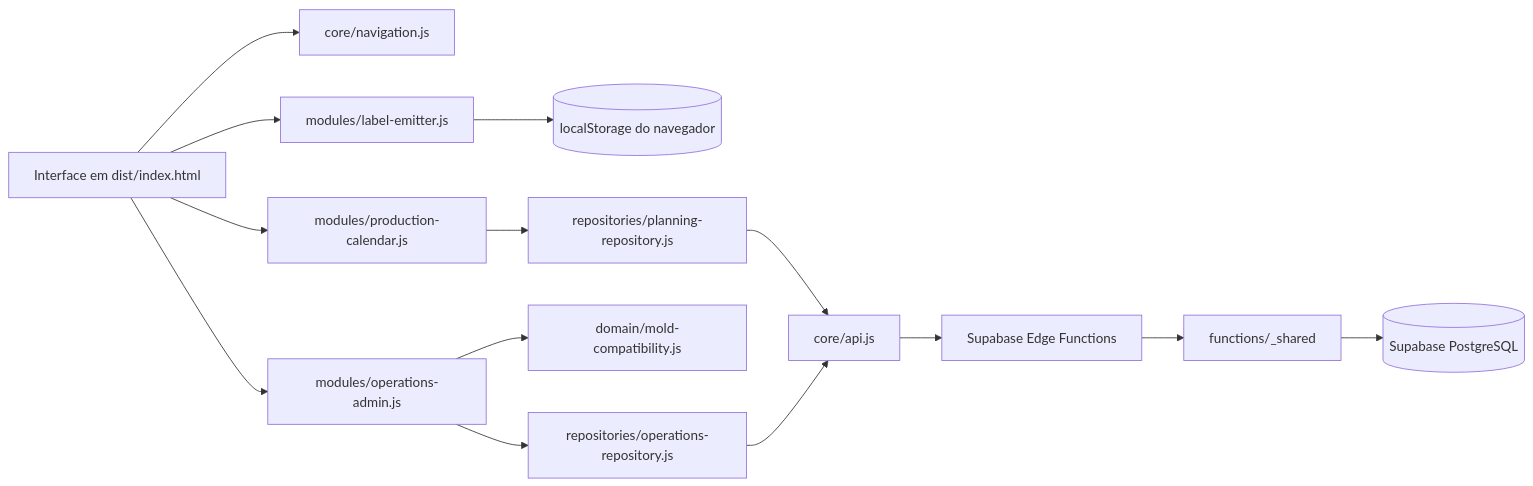
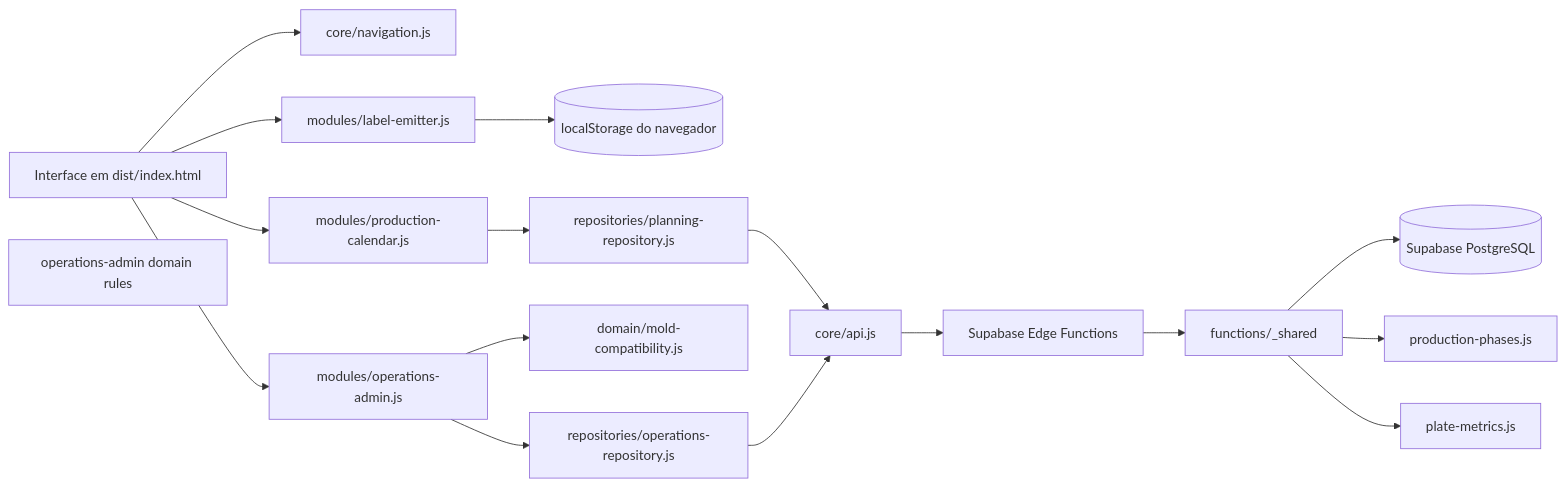
One commit to Prelux-Eng/preluxtag changed the diagram in docs/ARCHITECTURE.md. Above: the diagram before and after it, drawn with Mermaid. The commit also changed other lines of this file and 18 other files, not shown here.

````diff
--- a/docs/ARCHITECTURE.md
+++ b/docs/ARCHITECTURE.md
@@ -7,30 +7,35 @@
 ```mermaid
 flowchart LR
   UI[Interface em dist/index.html]
   NAV[core/navigation.js]
   LABEL[modules/label-emitter.js]
   PLAN[modules/production-calendar.js]
   OPS[modules/operations-admin.js]
   DOMAIN[domain/mold-compatibility.js]
+  OPSDOM[operations-admin domain rules]
   PREPO[repositories/planning-repository.js]
   OREPO[repositories/operations-repository.js]
   API[core/api.js]
   EDGE[Supabase Edge Functions]
   SHARED[functions/_shared]
+  PHASES[production-phases.js]
+  PLATE[plate-metrics.js]
   DB[(Supabase PostgreSQL)]
   LOCAL[(localStorage do navegador)]
 
   UI --> NAV
   UI --> LABEL
   UI --> PLAN
   UI --> OPS
   OPS --> DOMAIN
   PLAN --> PREPO
   OPS --> OREPO
   PREPO --> API
   OREPO --> API
   API --> EDGE
   EDGE --> SHARED
   SHARED --> DB
+  SHARED --> PHASES
+  SHARED --> PLATE
   LABEL --> LOCAL
 ```
````
